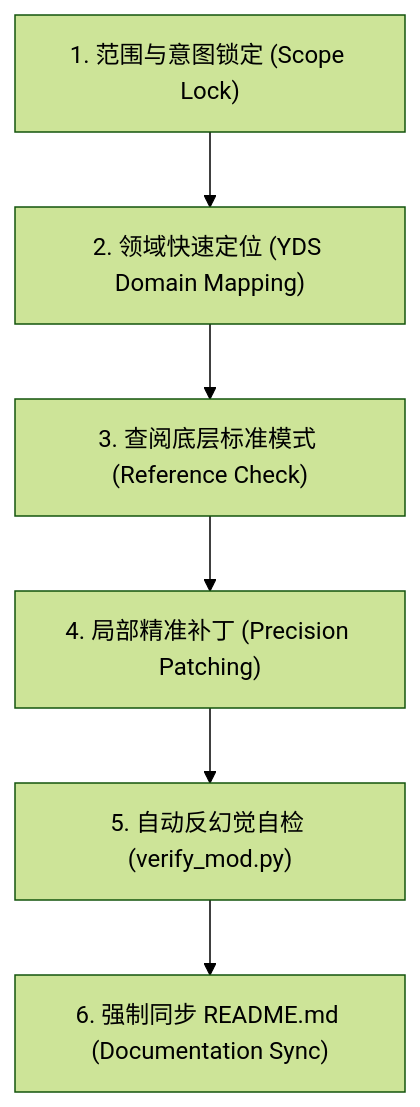
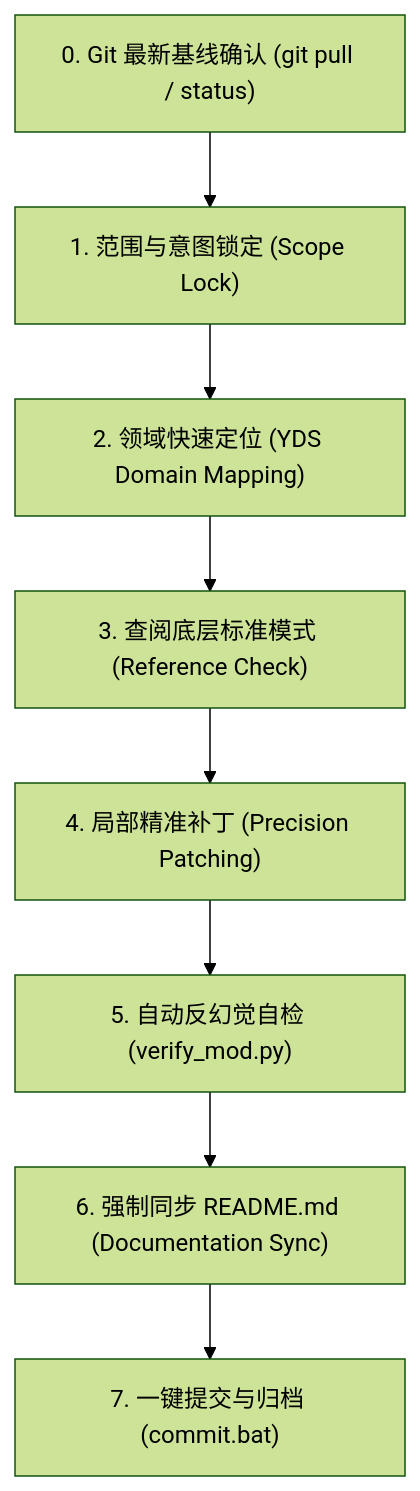
Before and after one commit to DX-Protst/HOI4-Dream-of-Yandao-Street: the diagram in .agents/skills/hoi4-fast-modifier/SKILL.md, drawn with Mermaid (forest theme). The commit also changed other lines of this file and 5 other files, not shown here.

````diff
--- a/.agents/skills/hoi4-fast-modifier/SKILL.md
+++ b/.agents/skills/hoi4-fast-modifier/SKILL.md
@@ -47,8 +48,10 @@
 ```mermaid
 flowchart TD
-    A["1. 范围与意图锁定 (Scope Lock)"] --> B["2. 领域快速定位 (YDS Domain Mapping)"]
+    G["0. Git 最新基线确认 (git pull / status)"] --> A["1. 范围与意图锁定 (Scope Lock)"]
+    A --> B["2. 领域快速定位 (YDS Domain Mapping)"]
     B --> C["3. 查阅底层标准模式 (Reference Check)"]
     C --> D["4. 局部精准补丁 (Precision Patching)"]
     D --> E["5. 自动反幻觉自检 (verify_mod.py)"]
     E --> F["6. 强制同步 README.md (Documentation Sync)"]
+    F --> H["7. 一键提交与归档 (commit.bat)"]
 ```
````
